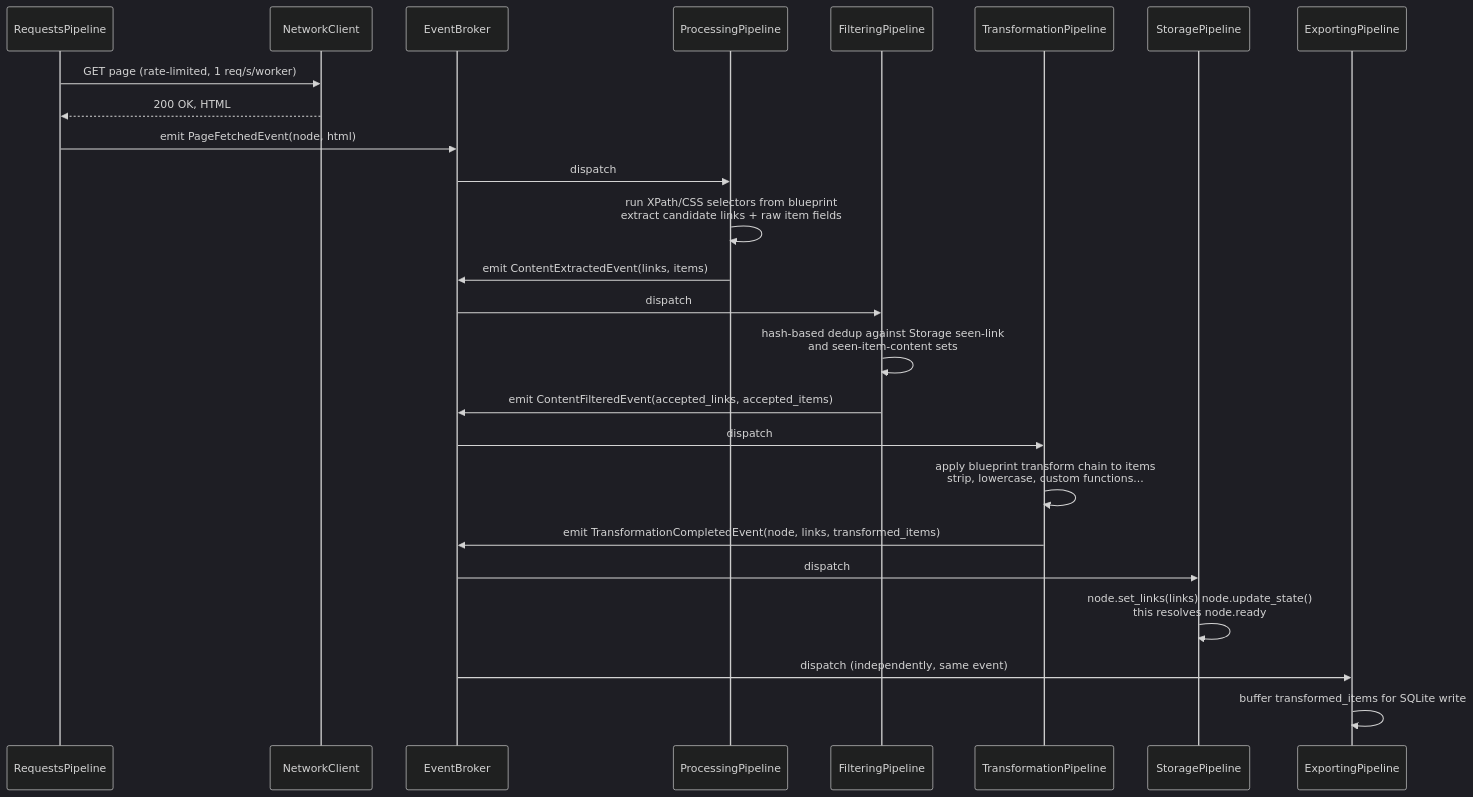
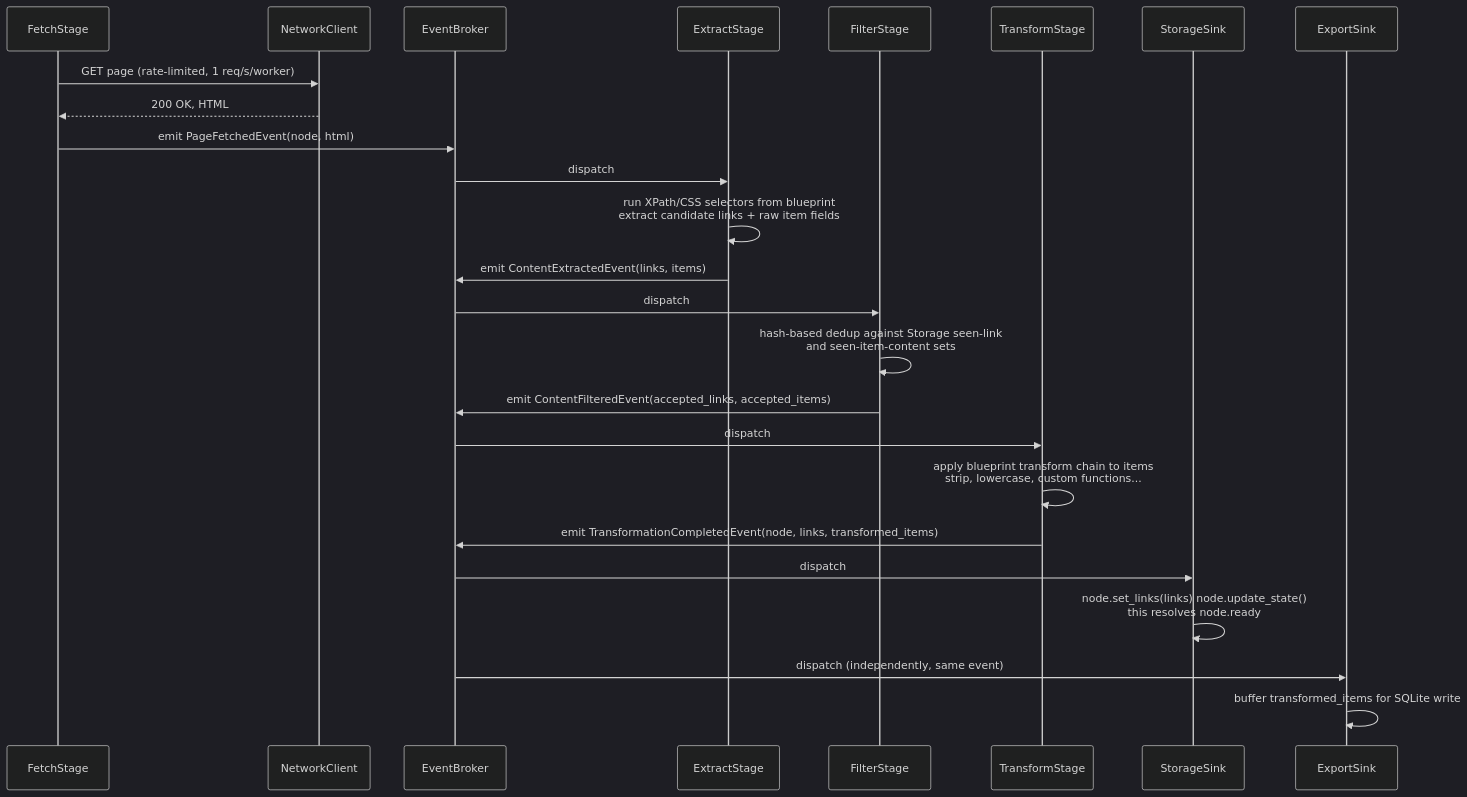
Before and after one commit to omarbounawarapy/CrawlViz: the second of 3 diagrams in docs/02-execution-walkthrough.md, drawn with Mermaid (dark theme). The commit also changed other lines of this file and 8 other files, not shown here.

Commit message:
Docs: the architecture guides use the stage and sink names

````diff
--- a/docs/02-execution-walkthrough.md
+++ b/docs/02-execution-walkthrough.md
@@ -39,28 +39,28 @@
 ```mermaid
 sequenceDiagram
-    participant Req as RequestsPipeline
+    participant Req as FetchStage
     participant Net as NetworkClient
     participant Broker as EventBroker
-    participant Proc as ProcessingPipeline
-    participant Filt as FilteringPipeline
-    participant Trans as TransformationPipeline
-    participant Store as StoragePipeline
-    participant Export as ExportingPipeline
+    participant Proc as ExtractStage
+    participant Filt as FilterStage
+    participant Trans as TransformStage
+    participant Store as StorageSink
+    participant Export as ExportSink
 
     Req->>Net: GET page (rate-limited, 1 req/s/worker)
     Net-->>Req: 200 OK, HTML
     Req->>Broker: emit PageFetchedEvent(node, html)
     Broker->>Proc: dispatch
     Proc->>Proc: run XPath/CSS selectors from blueprint<br/>extract candidate links + raw item fields
     Proc->>Broker: emit ContentExtractedEvent(links, items)
     Broker->>Filt: dispatch
     Filt->>Filt: hash-based dedup against Storage seen-link<br/>and seen-item-content sets
     Filt->>Broker: emit ContentFilteredEvent(accepted_links, accepted_items)
     Broker->>Trans: dispatch
     Trans->>Trans: apply blueprint transform chain to items<br/>strip, lowercase, custom functions...
     Trans->>Broker: emit TransformationCompletedEvent(node, links, transformed_items)
     Broker->>Store: dispatch
     Store->>Store: node.set_links(links) node.update_state()<br/>this resolves node.ready
     Broker->>Export: dispatch (independently, same event)
     Export->>Export: buffer transformed_items for SQLite write
 ```
````
